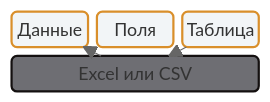
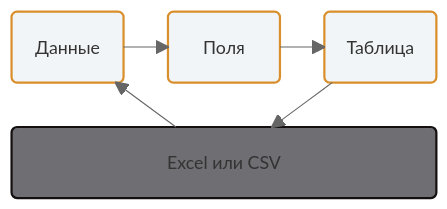
One commit to JoinSheets/JoinSheetsQuickStart changed the diagram in _index.ru.md. Above: the diagram before and after it, drawn with Mermaid (neutral theme).

Commit message:
Restore the Данные->Поля->Таблица edges, widen the row gap
The block-beta rewrite dropped the two edges between the top-row
blocks entirely (only the loop edges to/from Excel-CSV survived) --
restored D-->F-->T. Widened the gap between the two rows via
%%{init: {'block': {'padding': 40}}}%% (layout.ts: getConfig()?.block?.
padding, defaults to 8) -- the arrows were reading as unnaturally
cramped against the default spacing.

Claude-Session: https://claude.ai/code/session_01TGziJWiQEVuoobB97Nh5yA

```diff
--- a/_index.ru.md
+++ b/_index.ru.md
@@ -13,12 +13,15 @@
 {{< mermaid >}}
+%%{init: {'block': {'padding': 40}}}%%
 block-beta
 columns 3
 D("Данные") F("Поля") T("Таблица")
 X("Excel или CSV"):3
+D --> F
+F --> T
+T --> X
 X --> D
-T --> X
 classDef stage fill:#f2f5f7,stroke:#d98f2b,stroke-width:2px,color:#141010
 classDef io fill:#6e6e73,stroke:#141010,stroke-width:2px,color:#ffffff
 class D,F,T stage
 class X io
 {{< /mermaid >}}
```
